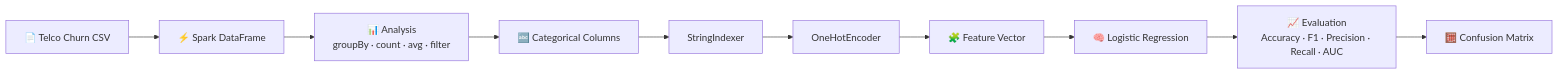
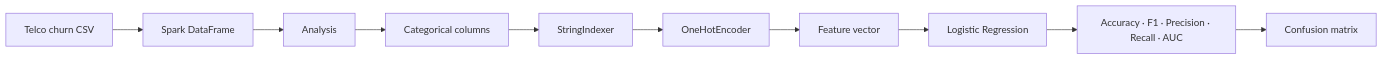
The sixth of 7 diagrams in README.md (AdhamElsayedAI/AdhamElsayedAI), drawn with Mermaid before and after one commit. The commit also changed other lines of this file, not shown here.

````diff
--- a/README.md
+++ b/README.md
@@ -271,12 +237,12 @@
 ```mermaid
 flowchart LR
-    CSV["📄 Telco Churn CSV"] --> SPARK["⚡ Spark DataFrame"]
-    SPARK --> EDA["📊 Analysis\ngroupBy · count · avg · filter"]
-    EDA --> CAT["🔤 Categorical Columns"]
-    CAT --> IDX["StringIndexer"]
-    IDX --> OHE["OneHotEncoder"]
-    OHE --> FEAT["🧩 Feature Vector"]
-    FEAT --> LR["🧠 Logistic Regression"]
-    LR --> EVAL["📈 Evaluation\nAccuracy · F1 · Precision · Recall · AUC"]
-    EVAL --> CM["🧮 Confusion Matrix"]
+    CSV[Telco churn CSV] --> SPARK[Spark DataFrame]
+    SPARK --> EDA[Analysis]
+    EDA --> CAT[Categorical columns]
+    CAT --> IDX[StringIndexer]
+    IDX --> OHE[OneHotEncoder]
+    OHE --> FEAT[Feature vector]
+    FEAT --> LR[Logistic Regression]
+    LR --> EVAL[Accuracy · F1 · Precision · Recall · AUC]
+    EVAL --> CM[Confusion matrix]
 ```
````
